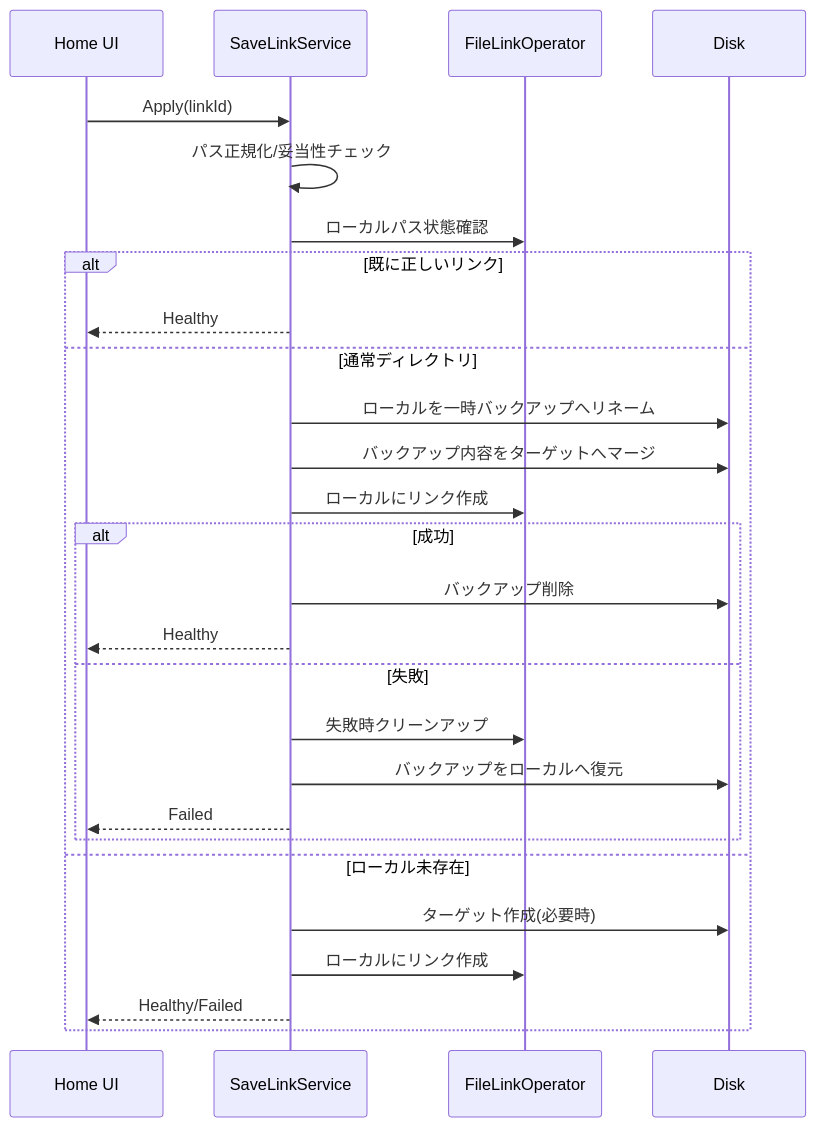
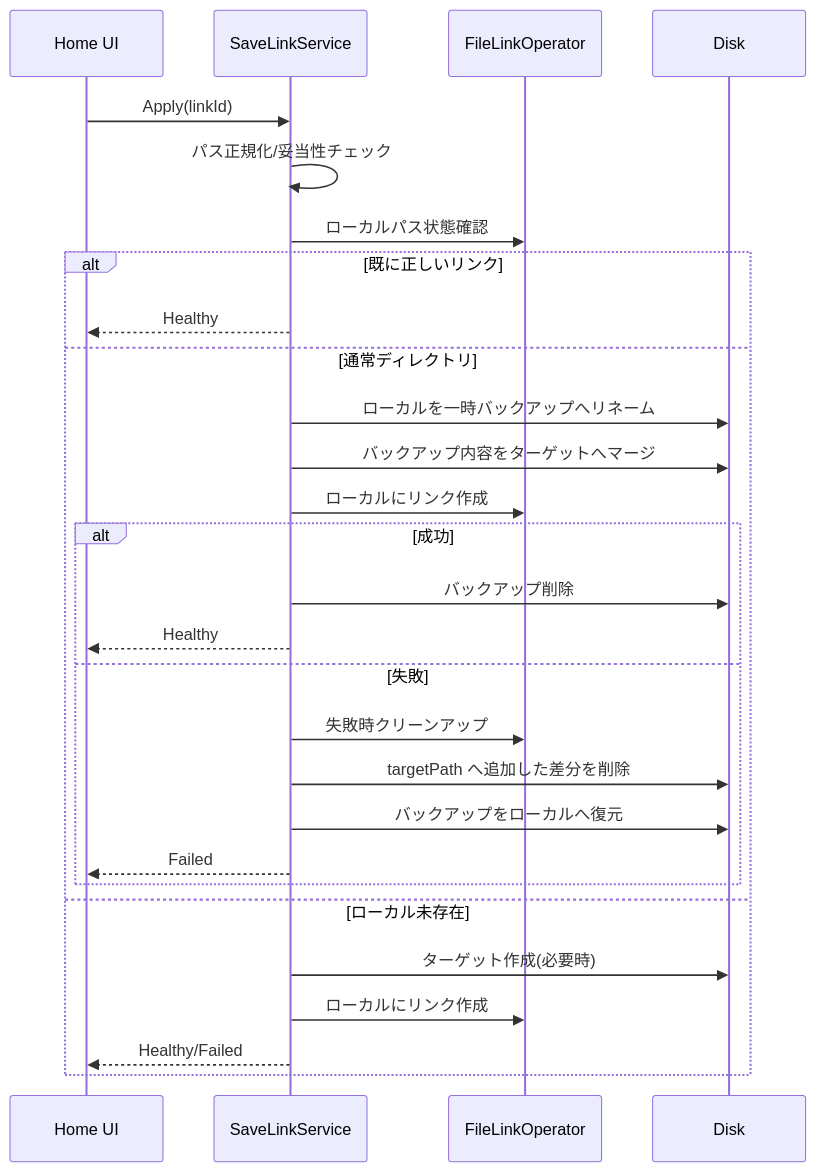
Before and after one commit to natumekazuki/GameLauncherWithGit: the third of 3 diagrams in docs/design/game-save-link-manager.md, drawn with Mermaid. The commit also changed other lines of this file and 3 other files, not shown here.

````diff
--- a/docs/design/game-save-link-manager.md
+++ b/docs/design/game-save-link-manager.md
@@ -118,30 +118,31 @@
 ```mermaid
 sequenceDiagram
     participant UI as Home UI
     participant S as SaveLinkService
     participant F as FileLinkOperator
     participant D as Disk
 
     UI->>S: Apply(linkId)
     S->>S: パス正規化/妥当性チェック
     S->>F: ローカルパス状態確認
     alt 既に正しいリンク
         S-->>UI: Healthy
     else 通常ディレクトリ
         S->>D: ローカルを一時バックアップへリネーム
         S->>D: バックアップ内容をターゲットへマージ
         S->>F: ローカルにリンク作成
         alt 成功
             S->>D: バックアップ削除
             S-->>UI: Healthy
         else 失敗
             S->>F: 失敗時クリーンアップ
+            S->>D: targetPath へ追加した差分を削除
             S->>D: バックアップをローカルへ復元
             S-->>UI: Failed
         end
     else ローカル未存在
         S->>D: ターゲット作成(必要時)
         S->>F: ローカルにリンク作成
         S-->>UI: Healthy/Failed
     end
 ```
````
